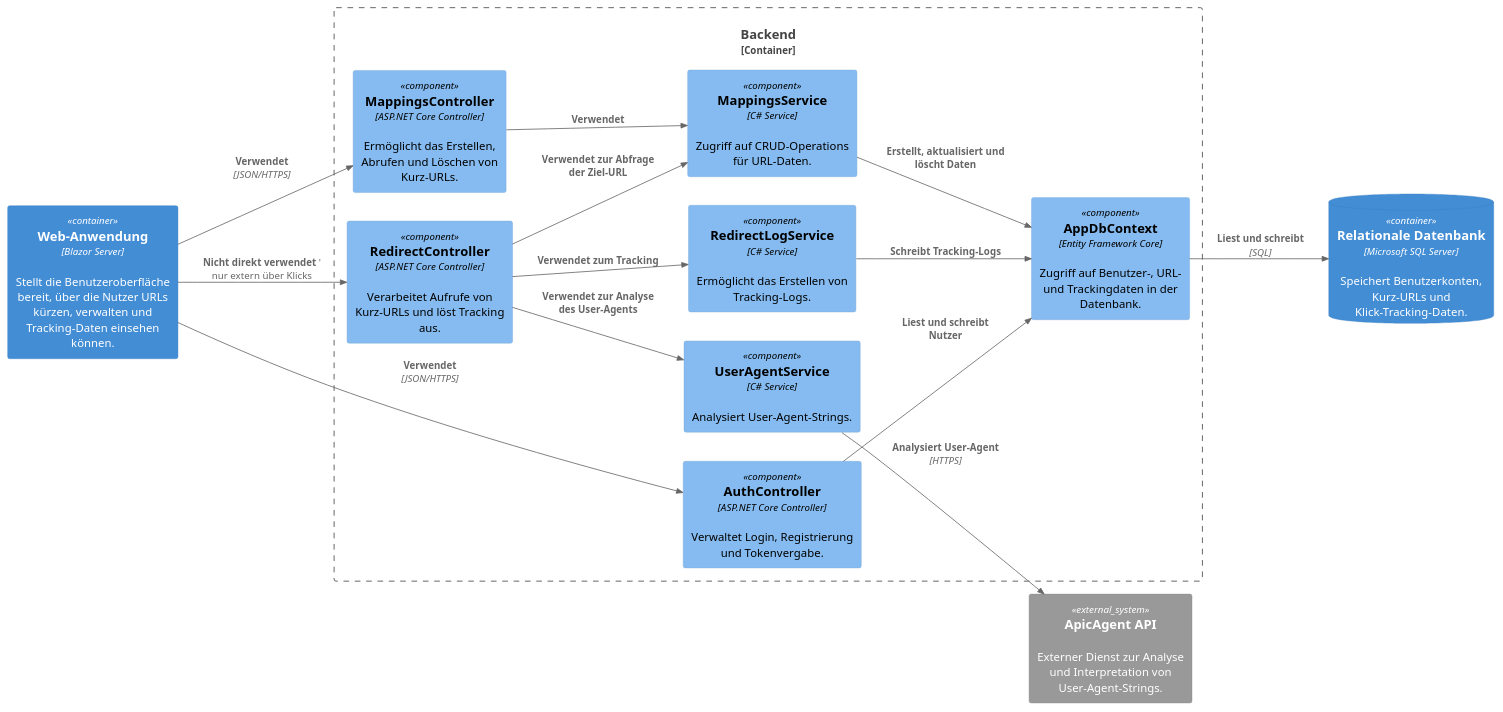
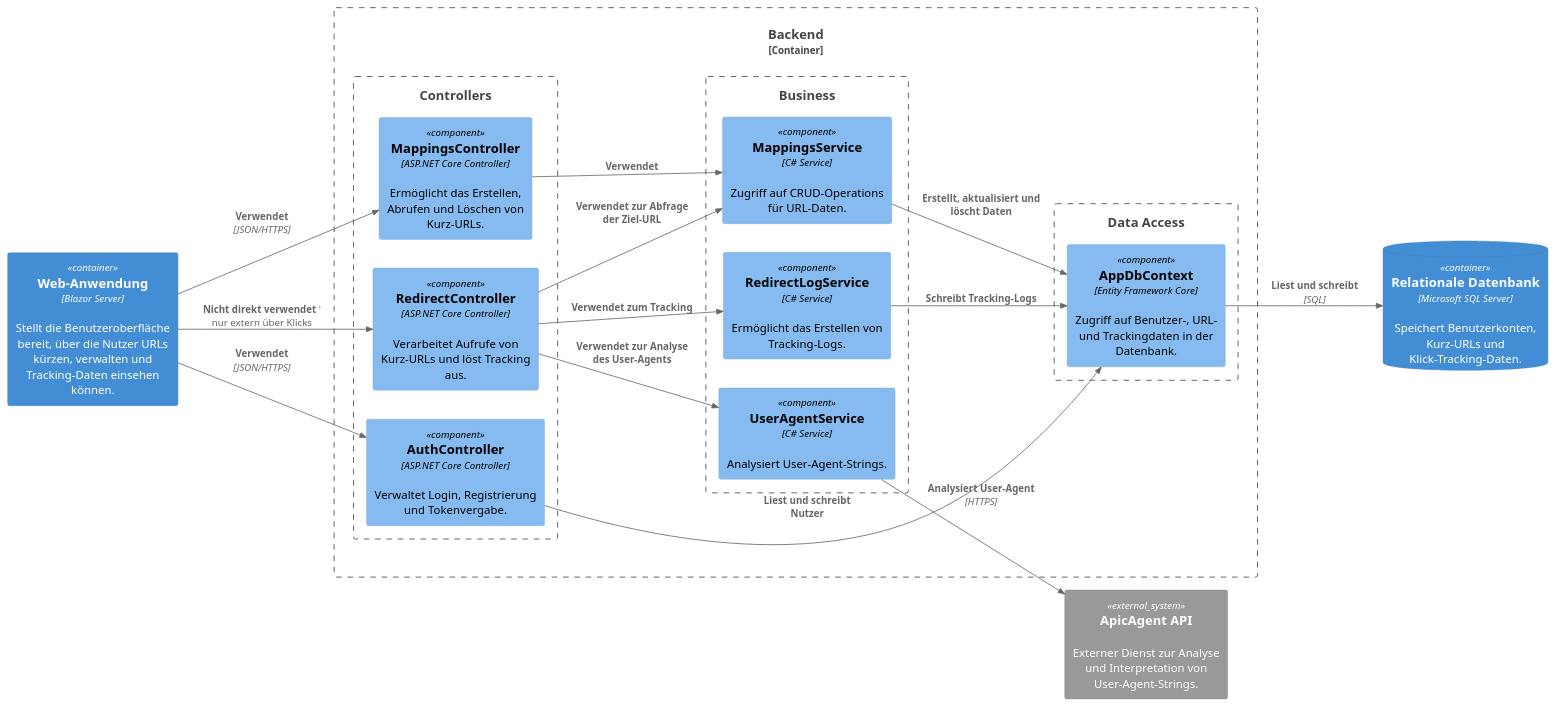
Before and after one commit to SimonLiebers-Dev/UrlShortener: the diagram in docs/plantuml/component_diagram_backend_c4.plantuml, drawn with PlantUML. The commit also changed 8 other files, not shown here.

Commit message:
update arc42 doc, add sequence diagrams

```diff
--- a/docs/plantuml/component_diagram_backend_c4.plantuml
+++ b/docs/plantuml/component_diagram_backend_c4.plantuml
@@ -1,37 +1,44 @@
 @startuml Komponentendiagramm Backend
 
 !include https://raw.githubusercontent.com/plantuml-stdlib/C4-PlantUML/master/C4_Component.puml
 
 LAYOUT_LEFT_RIGHT()
 
 Container(frontend, "Web-Anwendung", "Blazor Server", "Stellt die Benutzeroberfläche bereit, über die Nutzer URLs kürzen, verwalten und Tracking-Daten einsehen können.")
 ContainerDb(db, "Relationale Datenbank", "Microsoft SQL Server", "Speichert Benutzerkonten, Kurz-URLs und Klick-Tracking-Daten.")
 System_Ext(apicagent_api, "ApicAgent API", "Externer Dienst zur Analyse und Interpretation von User-Agent-Strings.")
 
 Container_Boundary(backend, "Backend") {
     
-    Component(auth, "AuthController", "ASP.NET Core Controller", "Verwaltet Login, Registrierung und Tokenvergabe.")
-    Component(mappings, "MappingsController", "ASP.NET Core Controller", "Ermöglicht das Erstellen, Abrufen und Löschen von Kurz-URLs.")
-    Component(redirect, "RedirectController", "ASP.NET Core Controller", "Verarbeitet Aufrufe von Kurz-URLs und löst Tracking aus.")
-    
-    Component(dataaccess, "AppDbContext", "Entity Framework Core", "Zugriff auf Benutzer-, URL- und Trackingdaten in der Datenbank.")
-    Component(mappingsservice, "MappingsService", "C# Service", "Zugriff auf CRUD-Operations für URL-Daten.")
-    Component(redirectlogservice, "RedirectLogService", "C# Service", "Ermöglicht das Erstellen von Tracking-Logs.")
-    Component(useragentservice, "UserAgentService", "C# Service", "Analysiert User-Agent-Strings.")
+    Boundary(controllers, "Controllers"){
+        Component(auth, "AuthController", "ASP.NET Core Controller", "Verwaltet Login, Registrierung und Tokenvergabe.")
+        Component(mappings, "MappingsController", "ASP.NET Core Controller", "Ermöglicht das Erstellen, Abrufen und Löschen von Kurz-URLs.")
+        Component(redirect, "RedirectController", "ASP.NET Core Controller", "Verarbeitet Aufrufe von Kurz-URLs und löst Tracking aus.")
+    }
+
+    Boundary(services, "Business") {
+        Component(mappingsservice, "MappingsService", "C# Service", "Zugriff auf CRUD-Operations für URL-Daten.")
+        Component(redirectlogservice, "RedirectLogService", "C# Service", "Ermöglicht das Erstellen von Tracking-Logs.")
+        Component(useragentservice, "UserAgentService", "C# Service", "Analysiert User-Agent-Strings.")
+    }
+
+    Boundary(access, "Data Access"){
+        Component(dataaccess, "AppDbContext", "Entity Framework Core", "Zugriff auf Benutzer-, URL- und Trackingdaten in der Datenbank.")
+    }
 
     Rel(auth, dataaccess, "Liest und schreibt Nutzer")
     Rel(mappings, mappingsservice, "Verwendet")
     Rel(mappingsservice, dataaccess, "Erstellt, aktualisiert und löscht Daten")
     Rel(redirect, redirectlogservice, "Verwendet zum Tracking")
     Rel(redirect, mappingsservice, "Verwendet zur Abfrage der Ziel-URL")
     Rel(redirect, useragentservice, "Verwendet zur Analyse des User-Agents")
     Rel(redirectlogservice, dataaccess, "Schreibt Tracking-Logs")
     Rel(useragentservice, apicagent_api, "Analysiert User-Agent", "HTTPS")
 }
 
 Rel(frontend, auth, "Verwendet", "JSON/HTTPS")
 Rel(frontend, mappings, "Verwendet", "JSON/HTTPS")
 Rel(frontend, redirect, "Nicht direkt verwendet") ' nur extern über Klicks
 Rel(dataaccess, db, "Liest und schreibt", "SQL")
 
 @enduml
```
